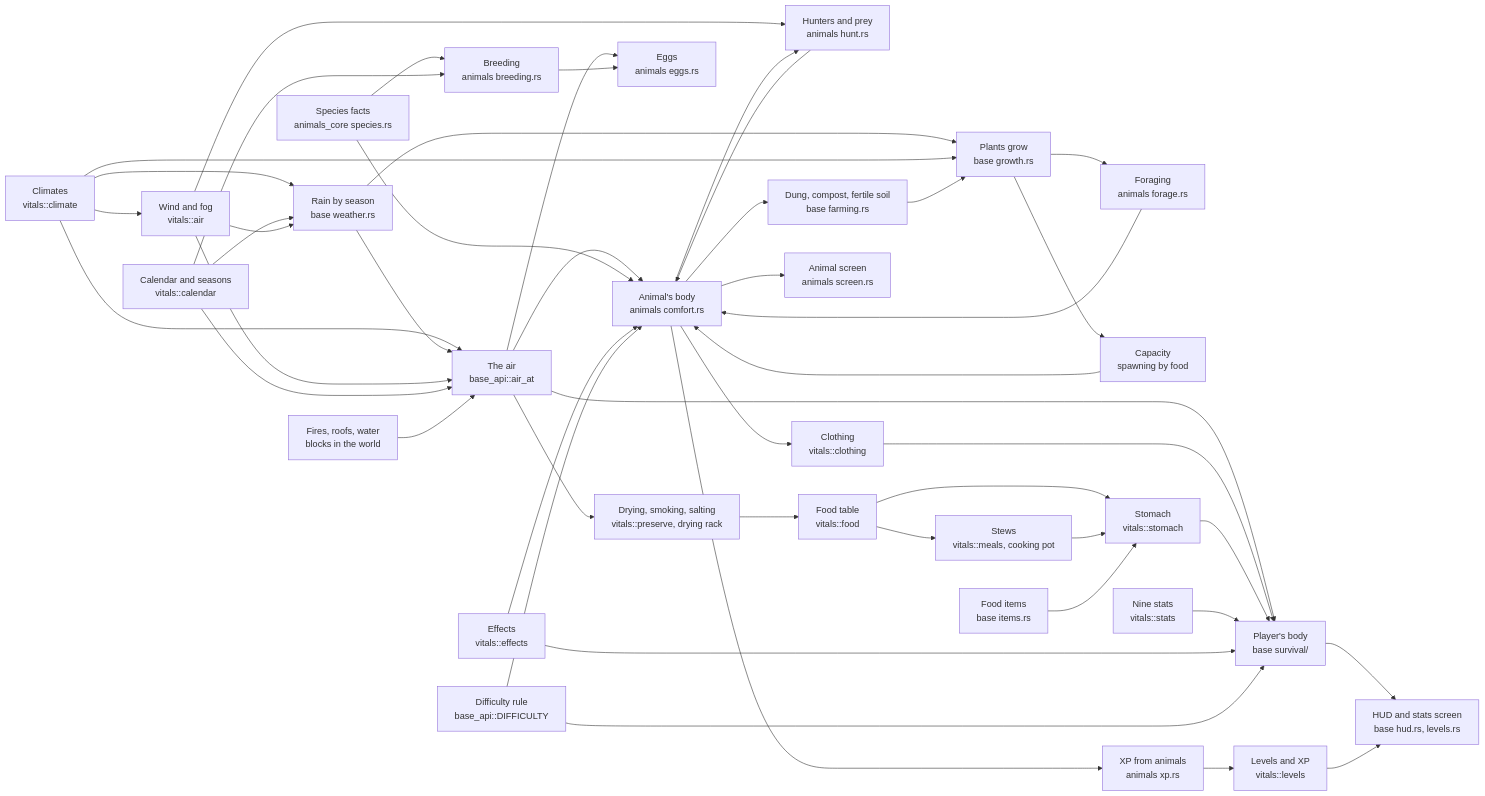
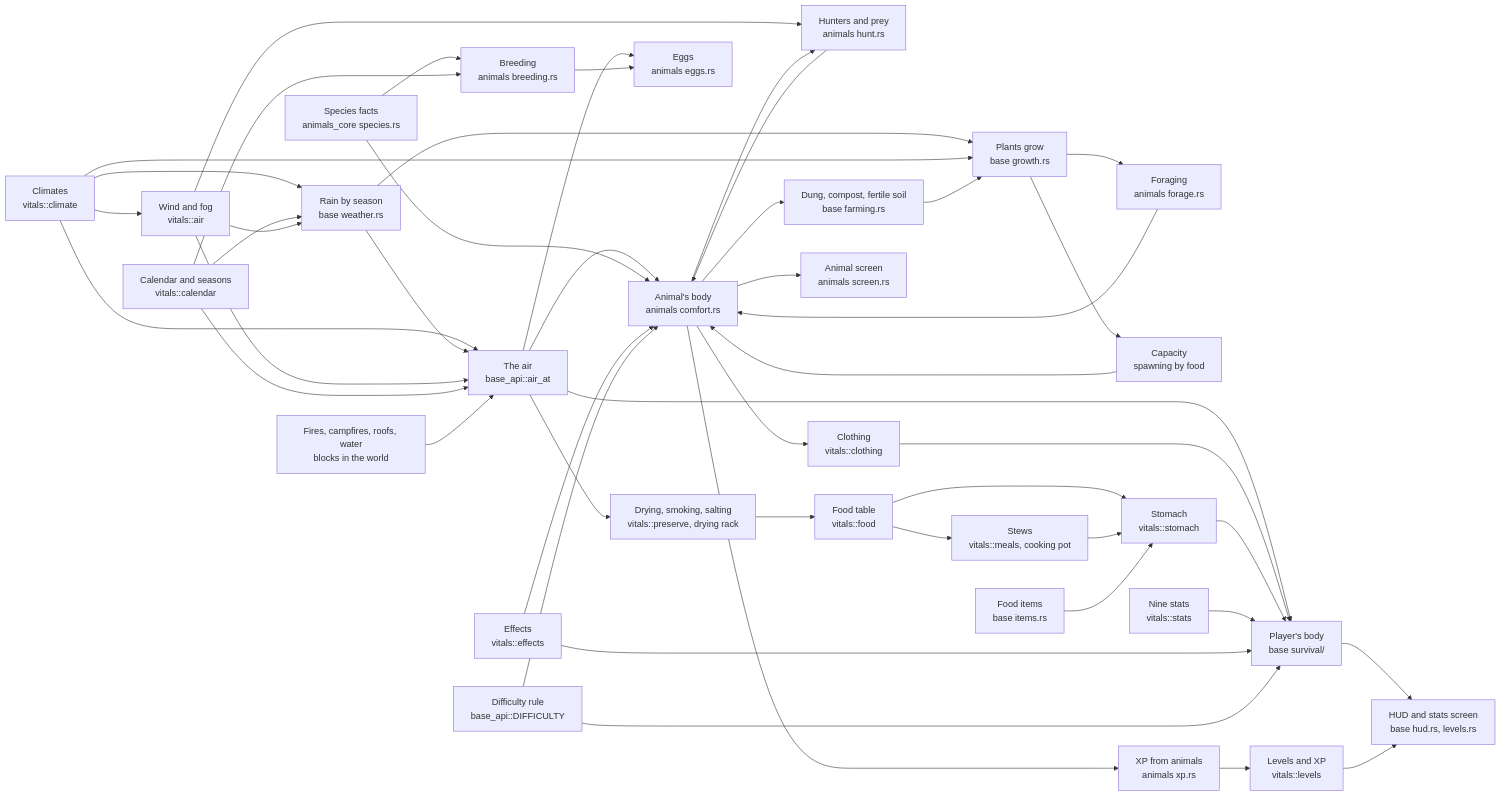
Before and after one commit to ronickg/chiacraft-weft: the diagram in notes/SYSTEMS.md, drawn with Mermaid. The commit also changed other lines of this file and 23 other files, not shown here.

````diff
--- a/notes/SYSTEMS.md
+++ b/notes/SYSTEMS.md
@@ -12,46 +12,46 @@
 ```mermaid
 flowchart LR
   climate["Climates<br/>vitals::climate"] --> air["The air<br/>base_api::air_at"]
   climate --> weather["Rain by season<br/>base weather.rs"]
   calendar --> weather
   weather --> air
   climate --> wind["Wind and fog<br/>vitals::air"]
   wind --> weather
   wind --> air
   wind --> hunting
   weather --> plants["Plants grow<br/>base growth.rs"]
   climate --> plants
   plants --> forage["Foraging<br/>animals forage.rs"]
   forage --> animal
   plants --> capacity["Capacity<br/>spawning by food"]
   animal --> hunting["Hunters and prey<br/>animals hunt.rs"]
   hunting --> animal
   animal --> soil["Dung, compost, fertile soil<br/>base farming.rs"]
   soil --> plants
   capacity --> animal
   calendar["Calendar and seasons<br/>vitals::calendar"] --> air
-  fires["Fires, roofs, water<br/>blocks in the world"] --> air
+  fires["Fires, campfires, roofs, water<br/>blocks in the world"] --> air
   air --> player["Player's body<br/>base survival/"]
   air --> animal["Animal's body<br/>animals comfort.rs"]
   air --> eggs["Eggs<br/>animals eggs.rs"]
   food["Food table<br/>vitals::food"] --> stomach["Stomach<br/>vitals::stomach"]
   food --> meals["Stews<br/>vitals::meals, cooking pot"] --> stomach
   air --> preserve["Drying, smoking, salting<br/>vitals::preserve, drying rack"] --> food
   animal --> clothing["Clothing<br/>vitals::clothing"]
   clothing --> player
   items["Food items<br/>base items.rs"] --> stomach
   stomach --> player
   stats["Nine stats<br/>vitals::stats"] --> player
   species["Species facts<br/>animals_core species.rs"] --> animal
   species --> breeding["Breeding<br/>animals breeding.rs"]
   calendar --> breeding
   breeding --> eggs
   effects["Effects<br/>vitals::effects"] --> player
   effects --> animal
   difficulty["Difficulty rule<br/>base_api::DIFFICULTY"] --> player
   difficulty --> animal
   player --> hud["HUD and stats screen<br/>base hud.rs, levels.rs"]
   levels["Levels and XP<br/>vitals::levels"] --> hud
   animal --> xp["XP from animals<br/>animals xp.rs"] --> levels
   animal --> screen["Animal screen<br/>animals screen.rs"]
 ```
````
